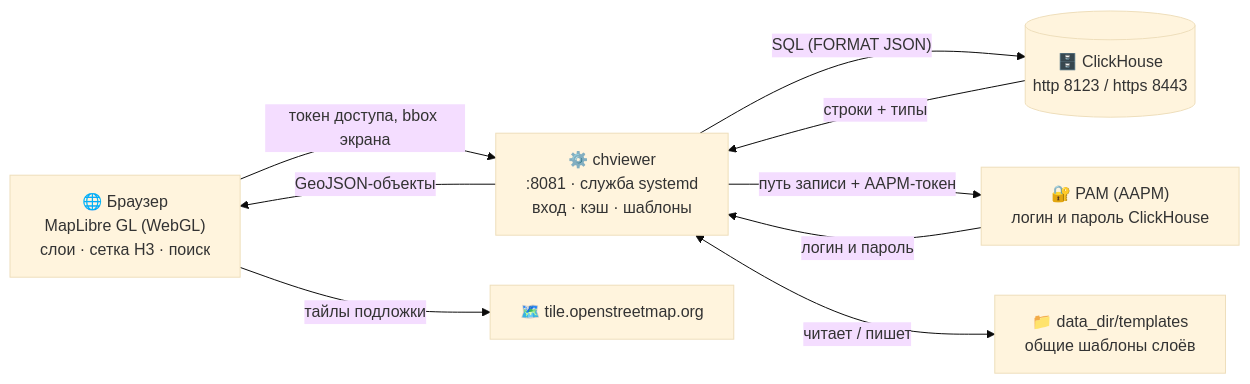
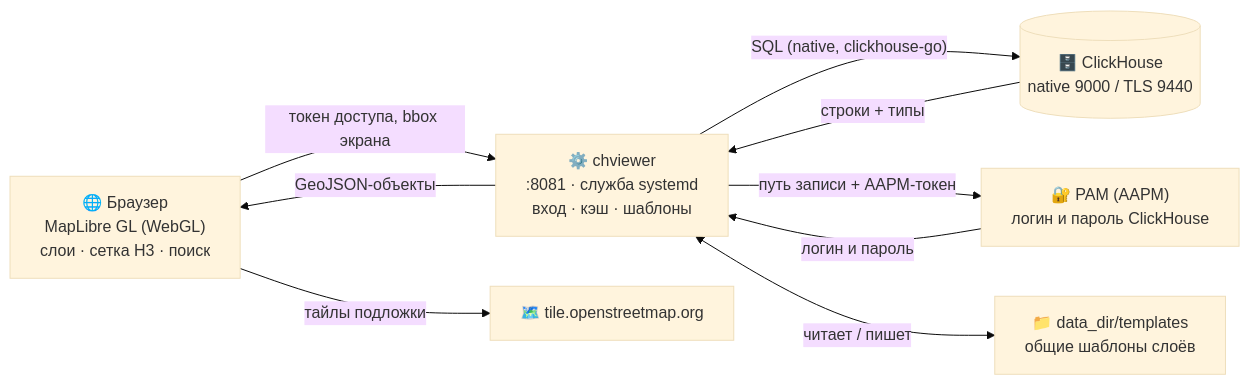
One commit to akprof2000/ClickHouse-Show-Polygons changed the second of 8 diagrams in README.md. Above: the diagram before and after it, drawn with Mermaid (base theme). The commit also changed other lines of this file and 10 other files, not shown here.

First line of the commit message:
Переход на clickhouse-go: native-протокол вместо HTTP, версия 3.0.0

````diff
--- a/README.md
+++ b/README.md
@@ -239,18 +239,18 @@
 ```mermaid
 flowchart LR
     B["🌐 Браузер<br/>MapLibre GL (WebGL)<br/>слои · сетка H3 · поиск"]
     E["⚙️ chviewer<br/>:8081 · служба systemd<br/>вход · кэш · шаблоны"]
-    CH[("🗄️ ClickHouse<br/>http 8123 / https 8443")]
+    CH[("🗄️ ClickHouse<br/>native 9000 / TLS 9440")]
     P["🔐 PAM (AAPM)<br/>логин и пароль ClickHouse"]
     T["📁 data_dir/templates<br/>общие шаблоны слоёв"]
     OSM["🗺️ tile.openstreetmap.org"]
 
     B -- "токен доступа, bbox экрана" --> E
     E -- "GeoJSON-объекты" --> B
-    E -- "SQL (FORMAT JSON)" --> CH
+    E -- "SQL (native, clickhouse-go)" --> CH
     CH -- "строки + типы" --> E
     E -- "путь записи + AAPM-токен" --> P
     P -- "логин и пароль" --> E
     E <-- "читает / пишет" --> T
     B -- "тайлы подложки" --> OSM
 ```
````
